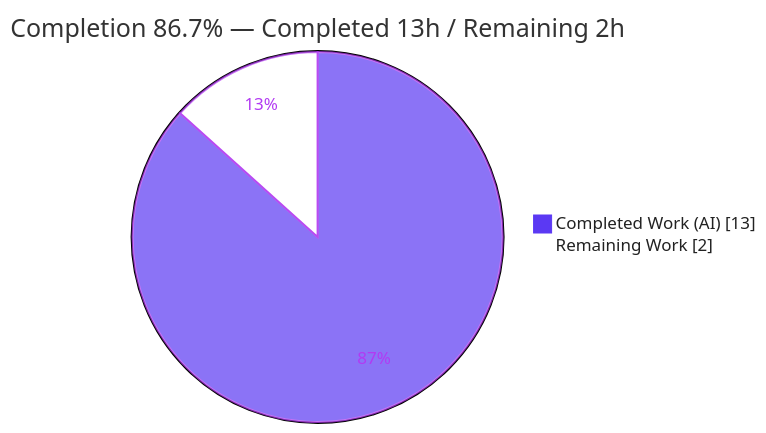
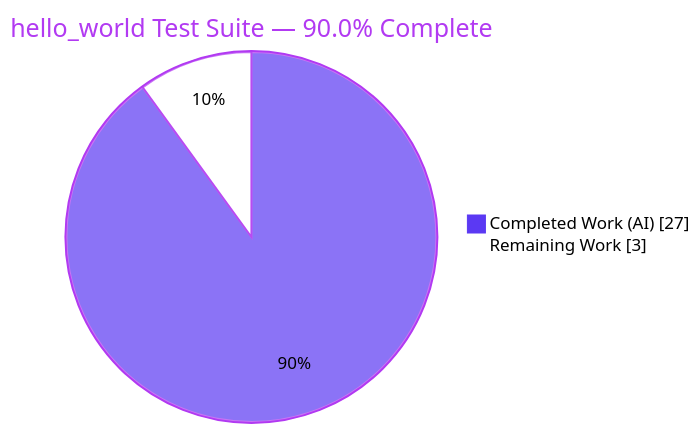
Before and after one commit to Sandeep01Kumar/04-june-existing-projects-qa-test: the first of 3 diagrams in blitzy/documentation/Project Guide.md, drawn with Mermaid. The commit also changed other lines of this file, not shown here.

Commit message:
Adding Blitzy Project Guide: Project Status and Human Tasks Remaining

````diff
--- a/blitzy/documentation/Project Guide.md
+++ b/blitzy/documentation/Project Guide.md
@@ -18,6 +17,7 @@
 ```mermaid
-%%{init: {"theme":"base","themeVariables":{"pie1":"#5B39F3","pie2":"#FFFFFF","pieStrokeColor":"#B23AF2","pieStrokeWidth":"2px","pieOuterStrokeWidth":"2px","pieSectionTextColor":"#B23AF2","pieLegendTextColor":"#222222"}}}%%
-pie showData title Completion 86.7% — Completed 13h / Remaining 2h
-    "Completed Work (AI)" : 13
-    "Remaining Work" : 2
+%%{init: {'theme':'base','themeVariables':{'pie1':'#5B39F3','pie2':'#FFFFFF','pieStrokeColor':'#B23AF2','pieStrokeWidth':'2px','pieOuterStrokeColor':'#B23AF2','pieOuterStrokeWidth':'2px','pieTitleTextColor':'#B23AF2','pieSectionTextColor':'#000000','pieLegendTextColor':'#000000'}}}%%
+pie showData
+    title hello_world Test Suite — 90.0% Complete
+    "Completed Work (AI)" : 27
+    "Remaining Work" : 3
 ```
````
